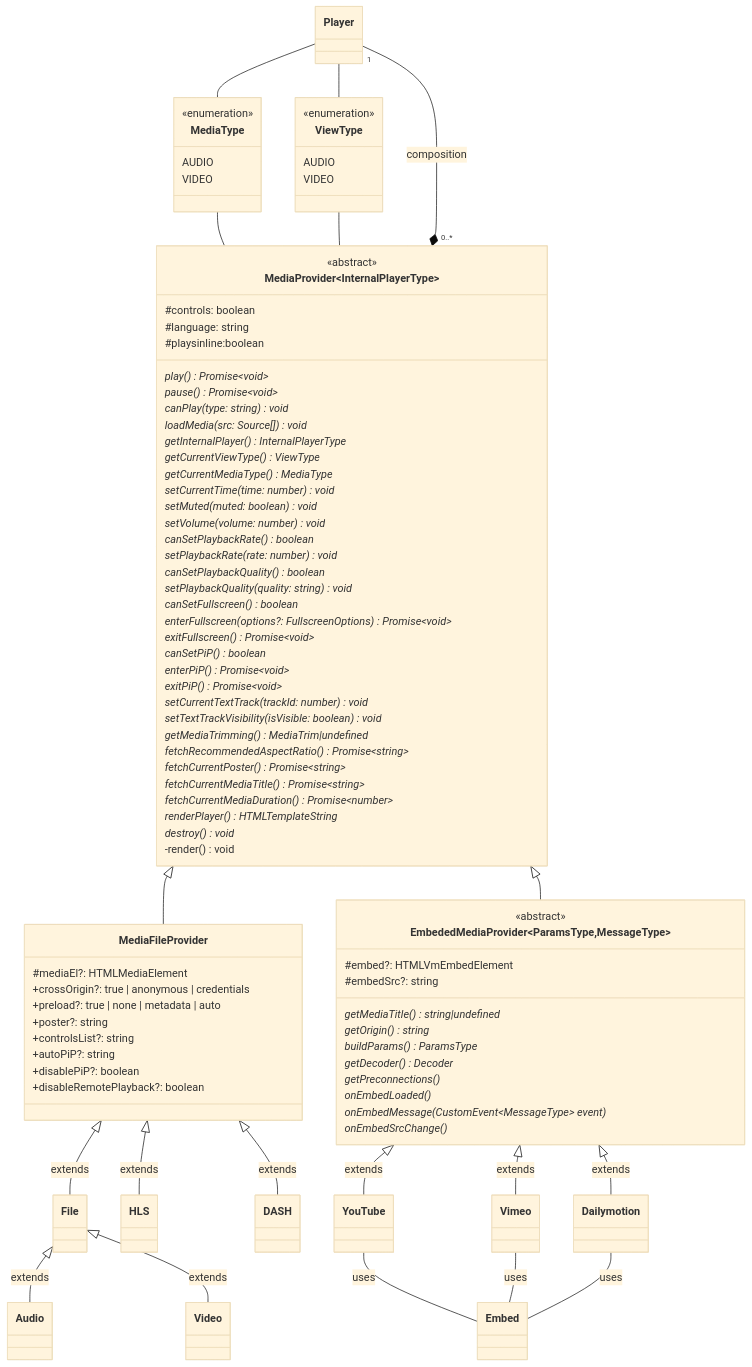
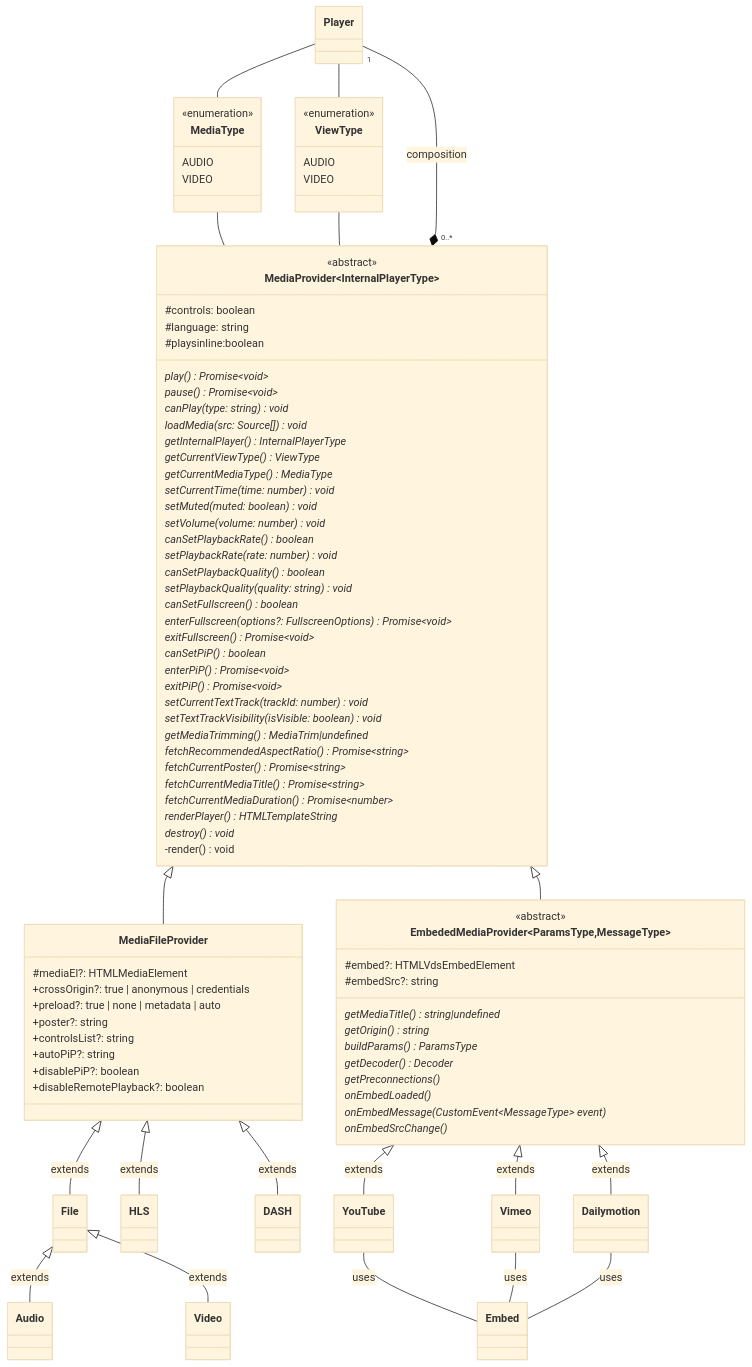
One commit to vidstack/player changed the diagram in docs/architecture/designs/providers.mmd. Above: the diagram before and after it, drawn with Mermaid (base theme). The commit also changed 102 other files, not shown here.

```diff
--- a/docs/architecture/designs/providers.mmd
+++ b/docs/architecture/designs/providers.mmd
@@ -1,114 +1,114 @@
 classDiagram
 
 class YouTube
 class Vimeo
 class Dailymotion
 class Embed
 
 YouTube -- Embed: uses
 Vimeo -- Embed: uses
 Dailymotion -- Embed: uses
 
 class EmbededMediaProvider~ParamsType,MessageType~ {
     <<abstract>>
-    #embed?: HTMLVmEmbedElement
+    #embed?: HTMLVdsEmbedElement
     #embedSrc?: string
 
     getMediaTitle()* string|undefined
     getOrigin()* string
     buildParams()* ParamsType
     getDecoder()* Decoder
     getPreconnections()*
     onEmbedLoaded()*
     onEmbedMessage(CustomEvent~MessageType~ event)*
     onEmbedSrcChange()*
 }
 
 EmbededMediaProvider <|-- YouTube: extends
 EmbededMediaProvider <|-- Vimeo: extends
 EmbededMediaProvider <|-- Dailymotion: extends
 
 class Video
 class Audio
 class File
 class HLS
 class DASH
 
 class MediaFileProvider {
     #mediaEl?: HTMLMediaElement
     +crossOrigin?: true | anonymous | credentials
     +preload?: true | none | metadata | auto
     +poster?: string
     +controlsList?: string
     +autoPiP?: string
     +disablePiP?: boolean
     +disableRemotePlayback?: boolean
 }
 
 File <|-- Audio: extends
 File <|-- Video: extends
 MediaFileProvider <|-- File: extends
 MediaFileProvider <|-- HLS: extends
 MediaFileProvider <|-- DASH: extends
 
 class MediaProvider~InternalPlayerType~ {
     <<abstract>>
     #controls: boolean
     #language: string
     #playsinline:boolean
 
     play()* Promise~void~
     pause()* Promise~void~
     canPlay(type: string)* void
     loadMedia(src: Source[])* void
     getInternalPlayer()* InternalPlayerType
     getCurrentViewType()* ViewType
     getCurrentMediaType()* MediaType
     setCurrentTime(time: number)* void
     setMuted(muted: boolean)* void
     setVolume(volume: number)* void
     canSetPlaybackRate()* boolean
     setPlaybackRate(rate: number)* void
     canSetPlaybackQuality()* boolean
     setPlaybackQuality(quality: string)* void
     canSetFullscreen()* boolean
     enterFullscreen(options?: FullscreenOptions)* Promise~void~
     exitFullscreen()* Promise~void~
     canSetPiP()* boolean
     enterPiP()* Promise~void~
     exitPiP()* Promise~void~
     setCurrentTextTrack(trackId: number)* void
     setTextTrackVisibility(isVisible: boolean)* void
     getMediaTrimming()* MediaTrim|undefined
     fetchRecommendedAspectRatio()* Promise~string~
     fetchCurrentPoster()* Promise~string~
     fetchCurrentMediaTitle()* Promise~string~
     fetchCurrentMediaDuration()* Promise~number~
     renderPlayer()* HTMLTemplateString
     destroy()* void
     -render() void
 }
 
 MediaProvider <|-- MediaFileProvider
 MediaProvider <|-- EmbededMediaProvider
 
 class MediaType {
     <<enumeration>>
     AUDIO
     VIDEO
 }
 
 class ViewType {
     <<enumeration>>
     AUDIO
     VIDEO
 }
 
 MediaType -- MediaProvider
 ViewType -- MediaProvider
 
 class Player
 
 Player -- MediaType
 Player -- ViewType
 Player "1" --* "0..*" MediaProvider: composition
```
